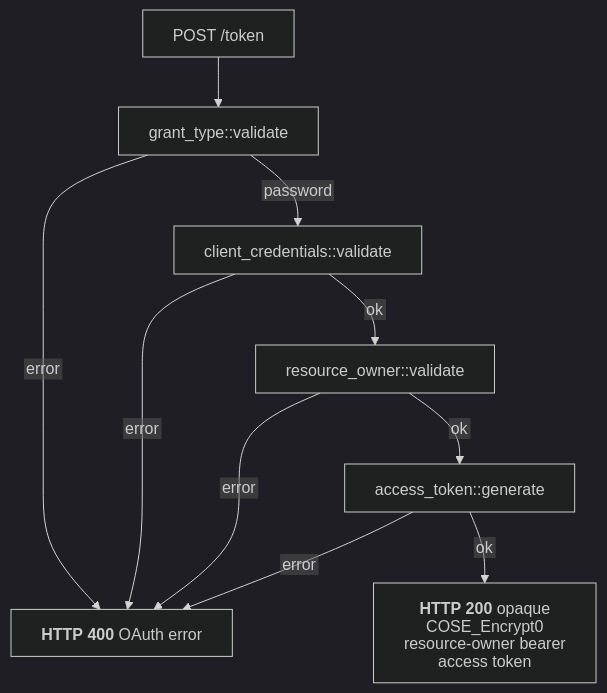
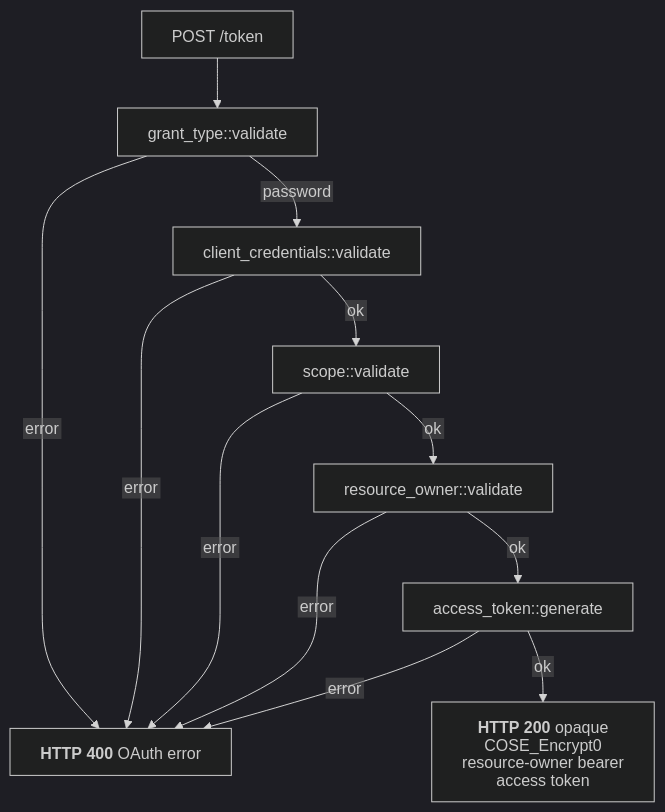
Before and after one commit to malach-it/kagome: the diagram in docs/flows/oauth/resource_owner_password_credentials.mmd, drawn with Mermaid (dark theme). The commit also changed 49 other files, not shown here.

Commit message:
feat: validate client authorized scopes

```diff
--- a/docs/flows/oauth/resource_owner_password_credentials.mmd
+++ b/docs/flows/oauth/resource_owner_password_credentials.mmd
@@ -1,11 +1,13 @@
 %%{init: {"htmlLabels": false, "flowchart": {"htmlLabels": false}}}%%
 flowchart TD
     start[POST /token] --> grant["grant_type::validate"]
     grant -- error --> oauth_error["`**HTTP 400** OAuth error`"]
     grant -- password --> client["client_credentials::validate"]
     client -- error --> oauth_error
-    client -- ok --> owner["resource_owner::validate"]
+    client -- ok --> scope["scope::validate"]
+    scope -- error --> oauth_error
+    scope -- ok --> owner["resource_owner::validate"]
     owner -- error --> oauth_error
     owner -- ok --> generate["access_token::generate"]
     generate -- error --> oauth_error
     generate -- ok --> success["`**HTTP 200** opaque COSE_Encrypt0 resource-owner bearer access token`"]
```
